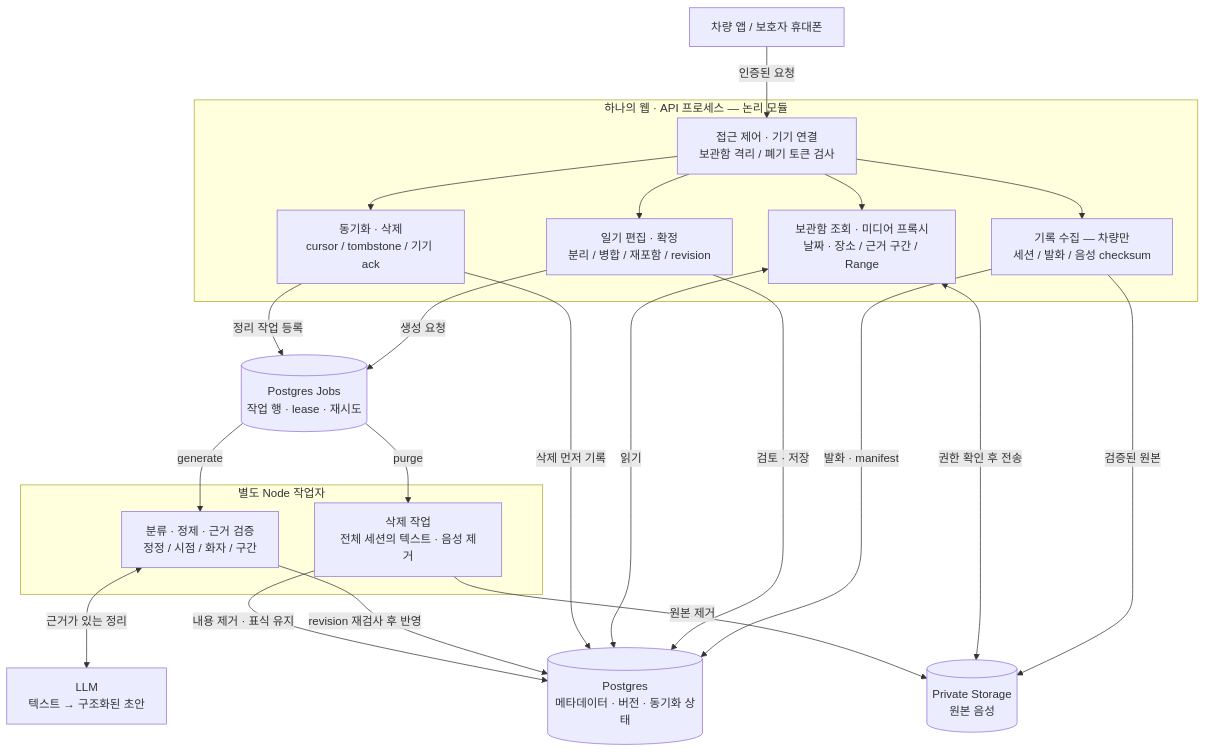
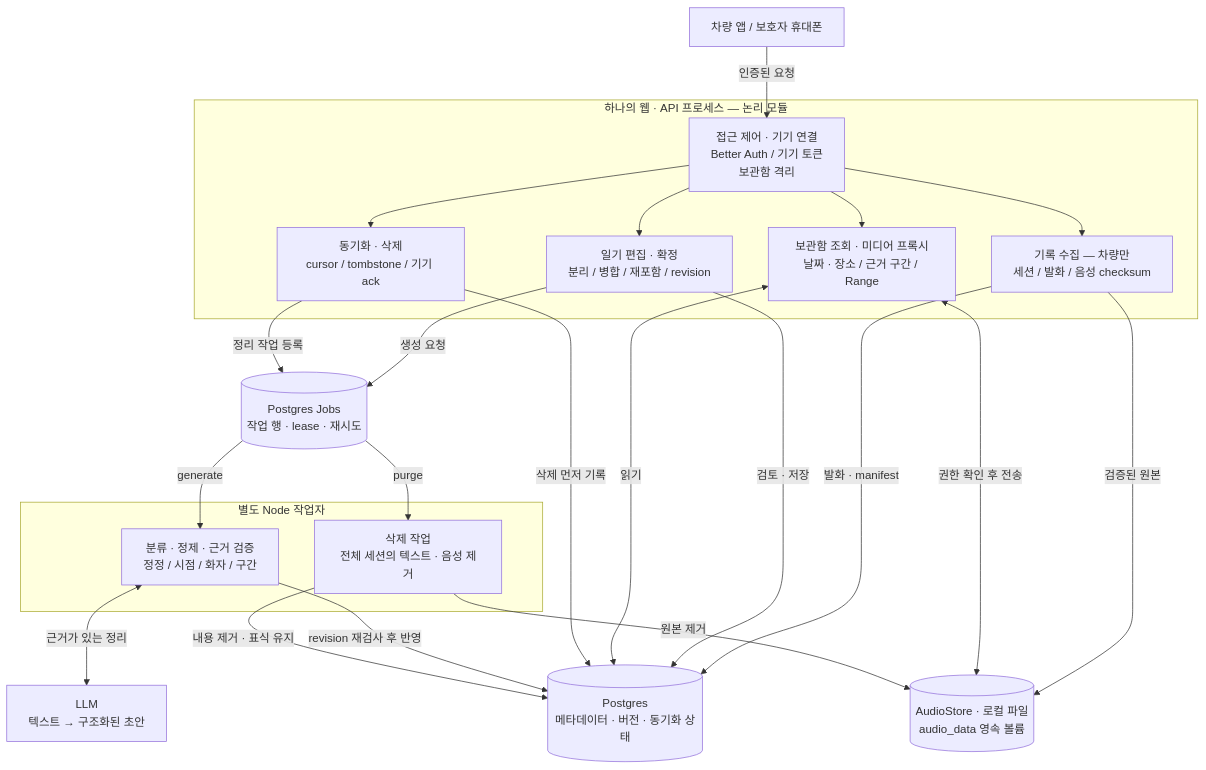
The diagram in docs/architecture/services.mmd (LSHgrandvoyage/hmg-family-diary), drawn with Mermaid before and after one commit. The commit also changed 19 other files, not shown here.

```diff
--- a/docs/architecture/services.mmd
+++ b/docs/architecture/services.mmd
@@ -1,38 +1,38 @@
 flowchart TB
   accTitle: 가족 여행일기 서비스 책임 구조
   accDescr: 단일 웹 API 안의 논리 모듈을 구분한다. 기록 수집, 일기 검토, 조회와 원본 프록시, 동기화와 삭제가 공통 권한 검사를 거치며 긴 생성과 삭제는 별도 작업자가 담당한다.
   clients["차량 앱 / 보호자 휴대폰"]
   subgraph web["하나의 웹 · API 프로세스 — 논리 모듈"]
-    guard["접근 제어 · 기기 연결<br/>보관함 격리 / 폐기 토큰 검사"]
+    guard["접근 제어 · 기기 연결<br/>Better Auth / 기기 토큰<br/>보관함 격리"]
     capture["기록 수집 — 차량만<br/>세션 / 발화 / 음성 checksum"]
     diary["일기 편집 · 확정<br/>분리 / 병합 / 재포함 / revision"]
     library["보관함 조회 · 미디어 프록시<br/>날짜 · 장소 / 근거 구간 / Range"]
     sync["동기화 · 삭제<br/>cursor / tombstone / 기기 ack"]
   end
   subgraph jobs["별도 Node 작업자"]
     organize["분류 · 정제 · 근거 검증<br/>정정 / 시점 / 화자 / 구간"]
     purge["삭제 작업<br/>전체 세션의 텍스트 · 음성 제거"]
   end
   records[("Postgres<br/>메타데이터 · 버전 · 동기화 상태")]
   queue[("Postgres Jobs<br/>작업 행 · lease · 재시도")]
-  audio[("Private Storage<br/>원본 음성")]
+  audio[("AudioStore · 로컬 파일<br/>audio_data 영속 볼륨")]
   llm["LLM<br/>텍스트 → 구조화된 초안"]
   clients -->|"인증된 요청"| guard
   guard --> capture
   guard --> diary
   guard --> library
   guard --> sync
   capture -->|"발화 · manifest"| records
   capture -->|"검증된 원본"| audio
   diary -->|"생성 요청"| queue
   diary -->|"검토 · 저장"| records
   library <-->|"읽기"| records
   library <-->|"권한 확인 후 전송"| audio
   sync -->|"삭제 먼저 기록"| records
   sync -->|"정리 작업 등록"| queue
   queue -->|"generate"| organize
   queue -->|"purge"| purge
   organize <-->|"근거가 있는 정리"| llm
   organize -->|"revision 재검사 후 반영"| records
   purge -->|"원본 제거"| audio
   purge -->|"내용 제거 · 표식 유지"| records
```
